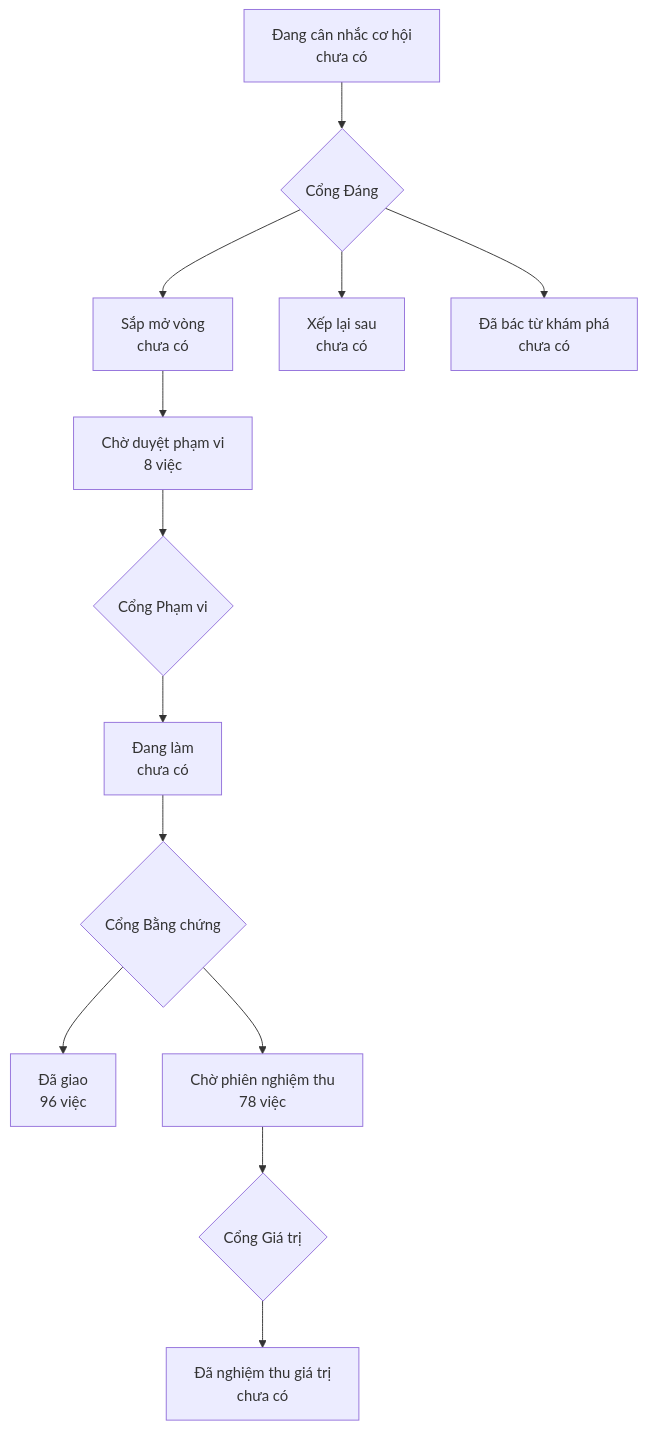
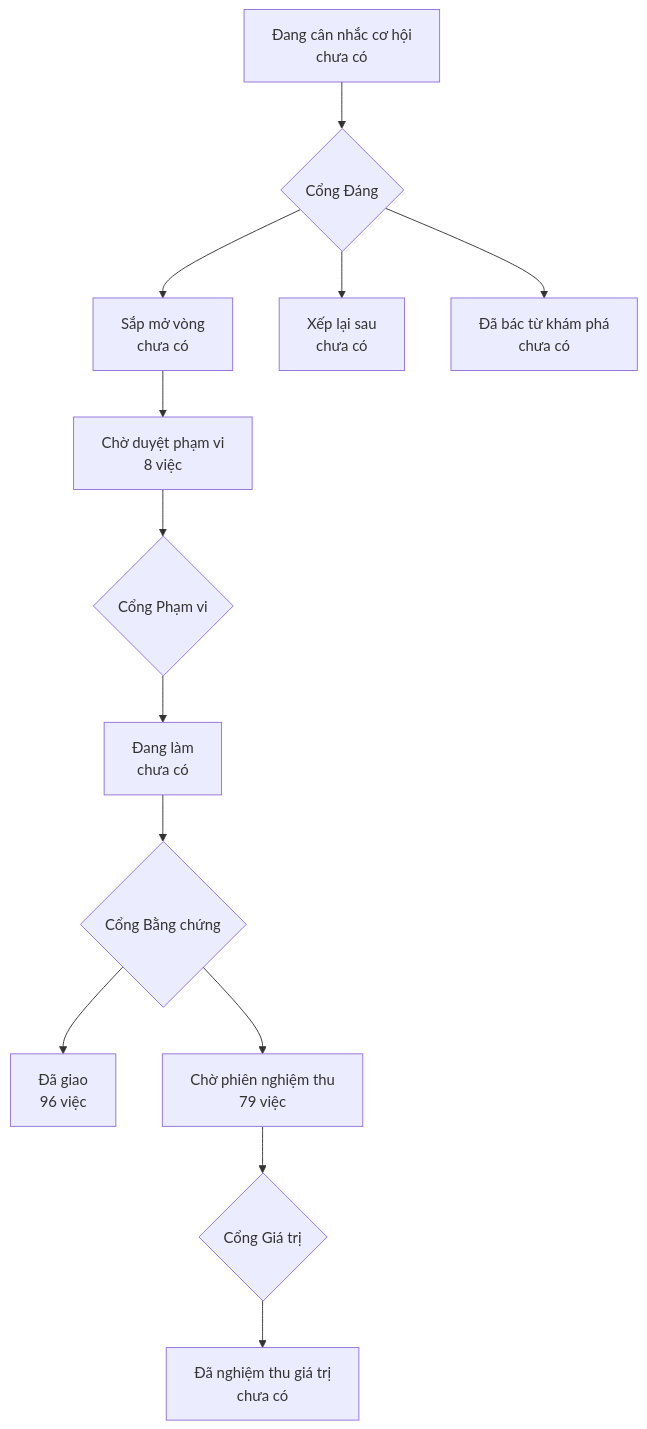
The diagram in PRODUCT-MAP.md (phanlemanh/onehub-invest), drawn with Mermaid before and after one commit. The commit also changed other lines of this file and 1 other file, not shown here.

Commit message:
chore: vẽ lại LO-TRINH/PRODUCT-MAP sau gộp main 04e35c5d

````diff
--- a/PRODUCT-MAP.md
+++ b/PRODUCT-MAP.md
@@ -7,12 +7,12 @@
 ```mermaid
 flowchart TD
   A["Đang cân nhắc cơ hội<br/>chưa có"] --> GD{"Cổng Đáng"}
   GD --> B["Sắp mở vòng<br/>chưa có"]
   GD --> XL["Xếp lại sau<br/>chưa có"]
   GD --> DB["Đã bác từ khám phá<br/>chưa có"]
   B --> CD["Chờ duyệt phạm vi<br/>8 việc"] --> GP{"Cổng Phạm vi"}
   GP --> DL["Đang làm<br/>chưa có"] --> GB{"Cổng Bằng chứng"}
   GB --> DG["Đã giao<br/>96 việc"]
-  GB --> CN["Chờ phiên nghiệm thu<br/>78 việc"] --> GG{"Cổng Giá trị"}
+  GB --> CN["Chờ phiên nghiệm thu<br/>79 việc"] --> GG{"Cổng Giá trị"}
   GG --> NT["Đã nghiệm thu giá trị<br/>chưa có"]
 ```
````
